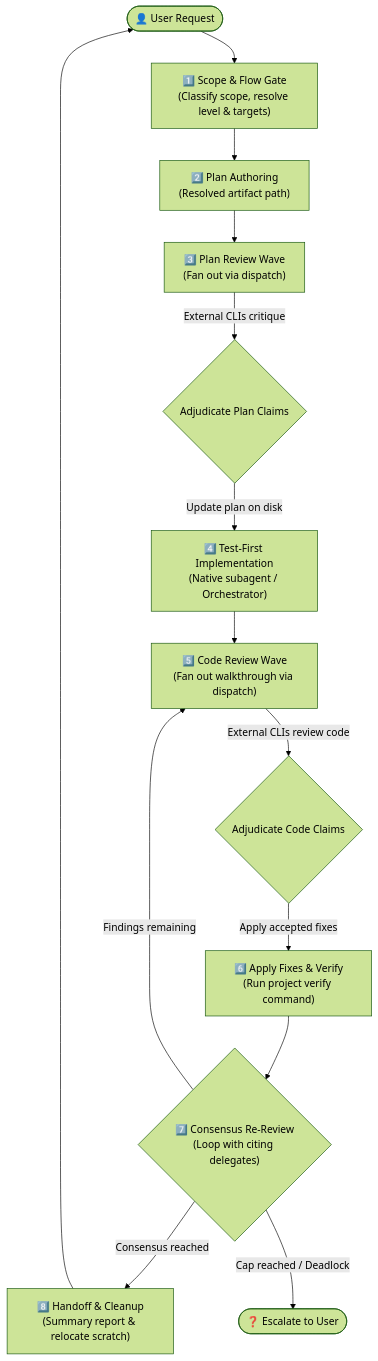
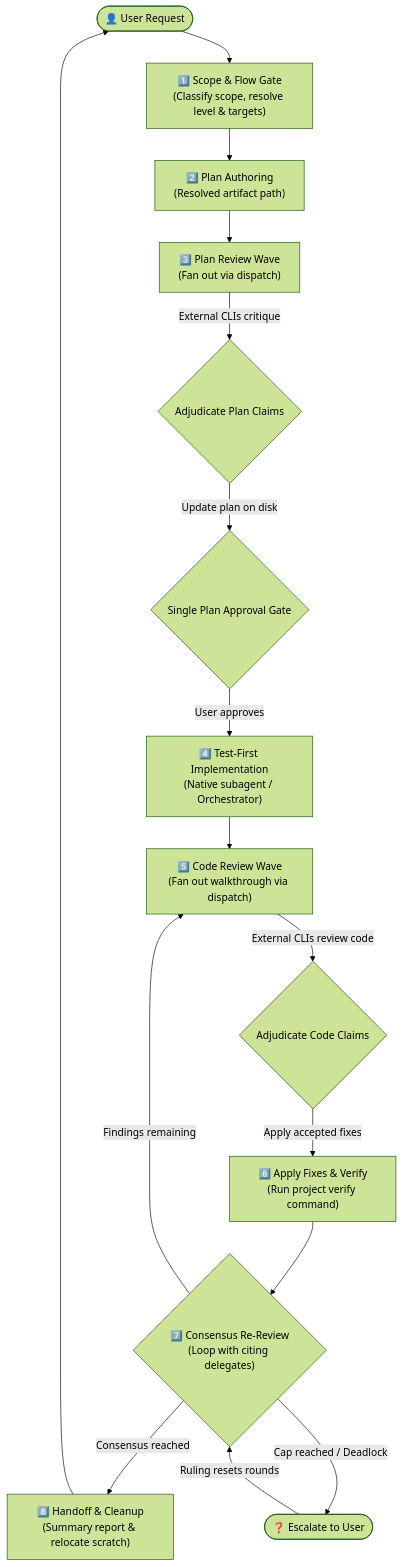
The diagram in skills/implement-dispatch/README.md (Gyunikuchan/dispatch-skills), drawn with Mermaid (forest theme) before and after one commit. The commit also changed 22 other files, not shown here.

````diff
--- a/skills/implement-dispatch/README.md
+++ b/skills/implement-dispatch/README.md
@@ -17,21 +17,23 @@
 ```mermaid
 flowchart TD
     User(["👤 User Request"]) --> Scope["1️⃣ Scope & Flow Gate<br/>(Classify scope, resolve level & targets)"]
     Scope --> Plan["2️⃣ Plan Authoring<br/>(Resolved artifact path)"]
     
     Plan --> PlanRev["3️⃣ Plan Review Wave<br/>(Fan out via dispatch)"]
     PlanRev -->|External CLIs critique| PlanAdj{"Adjudicate Plan Claims"}
-    PlanAdj -->|Update plan on disk| Impl["4️⃣ Test-First Implementation<br/>(Native subagent / Orchestrator)"]
+    PlanAdj -->|Update plan on disk| Gate{"Single Plan Approval Gate"}
+    Gate -->|User approves| Impl["4️⃣ Test-First Implementation<br/>(Native subagent / Orchestrator)"]
     
     Impl --> CodeRev["5️⃣ Code Review Wave<br/>(Fan out walkthrough via dispatch)"]
     CodeRev -->|External CLIs review code| CodeAdj{"Adjudicate Code Claims"}
     
     CodeAdj -->|Apply accepted fixes| Fixes["6️⃣ Apply Fixes & Verify<br/>(Run project verify command)"]
     Fixes --> ReRev{"7️⃣ Consensus Re-Review<br/>(Loop with citing delegates)"}
     
     ReRev -->|Findings remaining| CodeRev
     ReRev -->|Consensus reached| Handoff["8️⃣ Handoff & Cleanup<br/>(Summary report & relocate scratch)"]
     ReRev -->|Cap reached / Deadlock| Escalate(["❓ Escalate to User"])
+    Escalate -->|Ruling resets rounds| ReRev
     
     Handoff --> User
 ```
````
